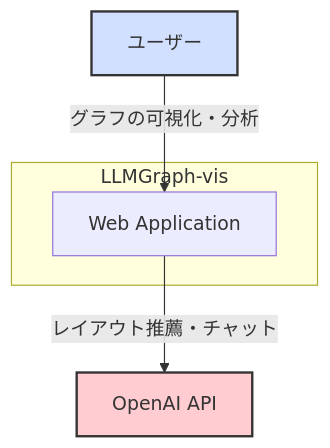
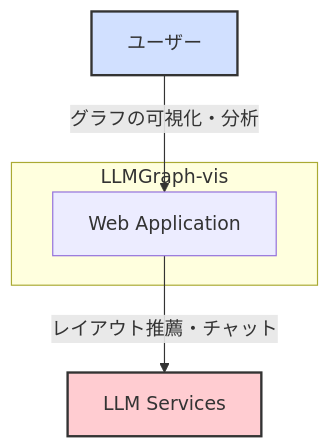
The first of 5 diagrams in specification/architecture.md (vdslab/LLMGraphvis), drawn with Mermaid before and after one commit. The commit also changed other lines of this file and 4 other files, not shown here.

````diff
--- a/specification/architecture.md
+++ b/specification/architecture.md
@@ -9,12 +9,12 @@
 ```mermaid
 graph TD
     subgraph "LLMGraph-vis"
         A[Web Application]
     end
 
     U[ユーザー] -- "グラフの可視化・分析" --> A
-    A -- "レイアウト推薦・チャット" --> OAI[OpenAI API]
+    A -- "レイアウト推薦・チャット" --> LLM[LLM Services]
 
     style U fill:#d1e0ff,stroke:#333,stroke-width:2px
-    style OAI fill:#ffccd1,stroke:#333,stroke-width:2px
+    style LLM fill:#ffccd1,stroke:#333,stroke-width:2px
 ```
````
